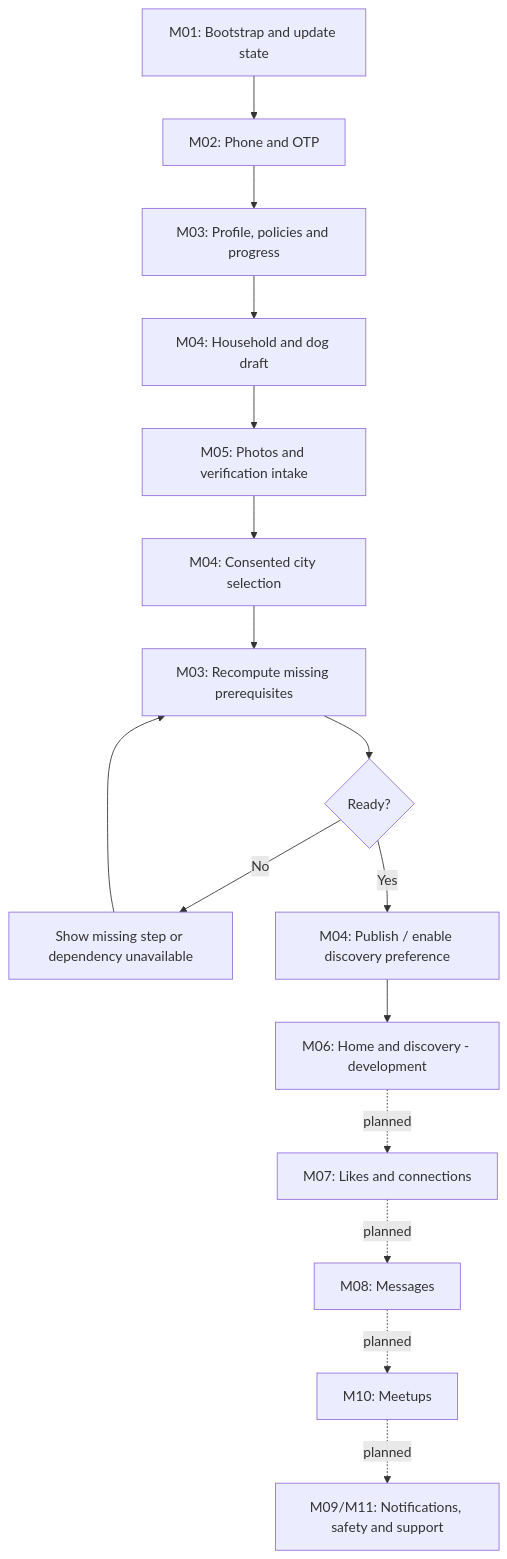
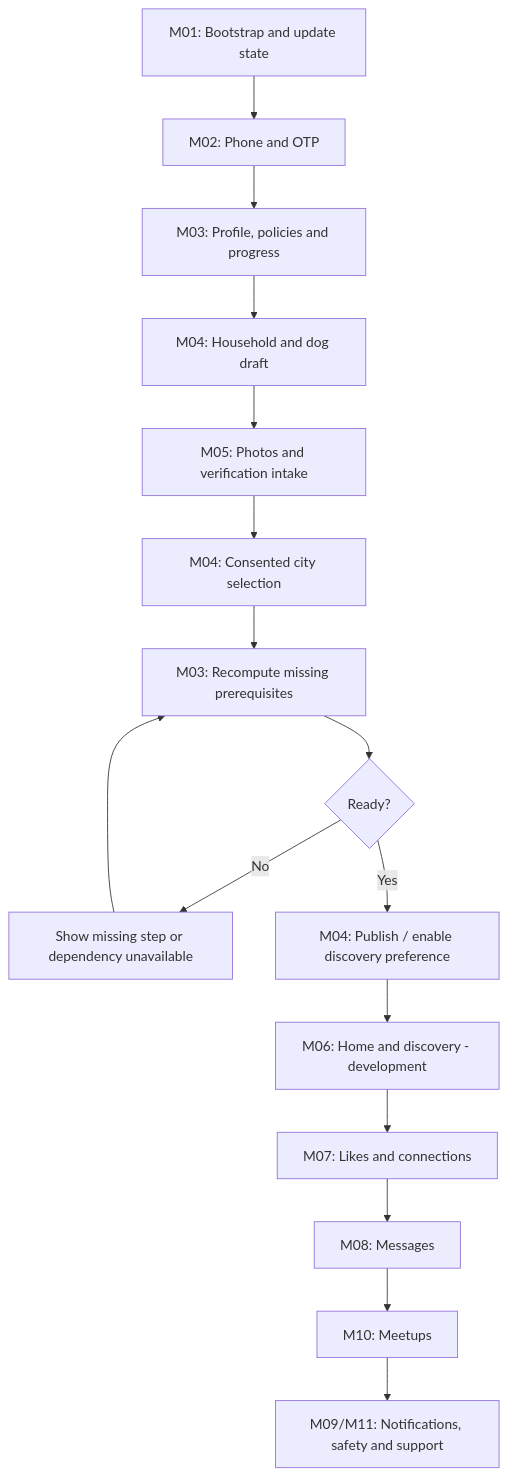
One commit to thams-geth/dogdating-api changed the diagram in docs/handovers/README.md. Above: the diagram before and after it, drawn with Mermaid. The commit also changed other lines of this file and 20 other files, not shown here.

````diff
--- a/docs/handovers/README.md
+++ b/docs/handovers/README.md
@@ -26,18 +26,18 @@
 ```mermaid
 flowchart TD
   A["M01: Bootstrap and update state"] --> B["M02: Phone and OTP"]
   B --> C["M03: Profile, policies and progress"]
   C --> D["M04: Household and dog draft"]
   D --> E["M05: Photos and verification intake"]
   E --> F["M04: Consented city selection"]
   F --> G["M03: Recompute missing prerequisites"]
   G --> H{"Ready?"}
   H -->|No| I["Show missing step or dependency unavailable"]
   I --> G
   H -->|Yes| J["M04: Publish / enable discovery preference"]
   J --> K["M06: Home and discovery - development"]
-  K -. planned .-> L["M07: Likes and connections"]
-  L -. planned .-> M["M08: Messages"]
-  M -. planned .-> N["M10: Meetups"]
-  N -. planned .-> O["M09/M11: Notifications, safety and support"]
+  K --> L["M07: Likes and connections"]
+  L --> M["M08: Messages"]
+  M --> N["M10: Meetups"]
+  N --> O["M09/M11: Notifications, safety and support"]
 ```
````
